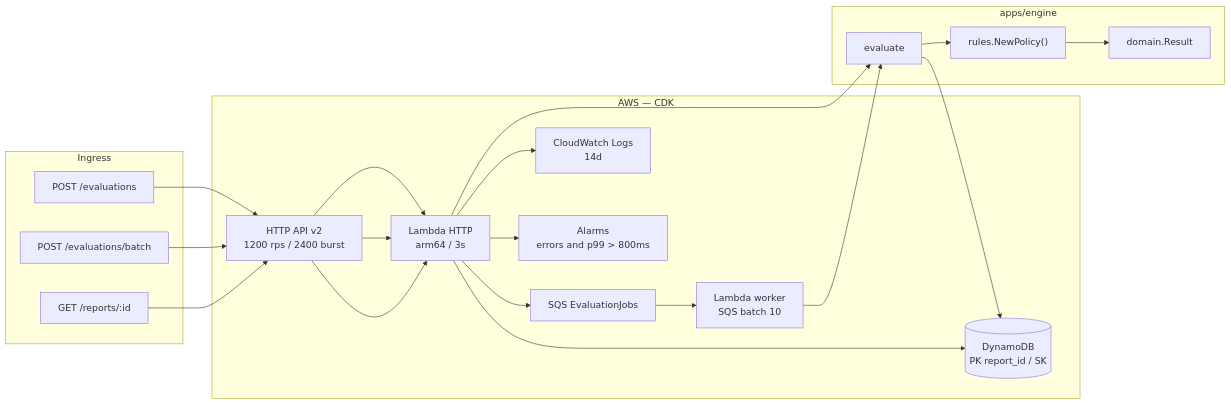
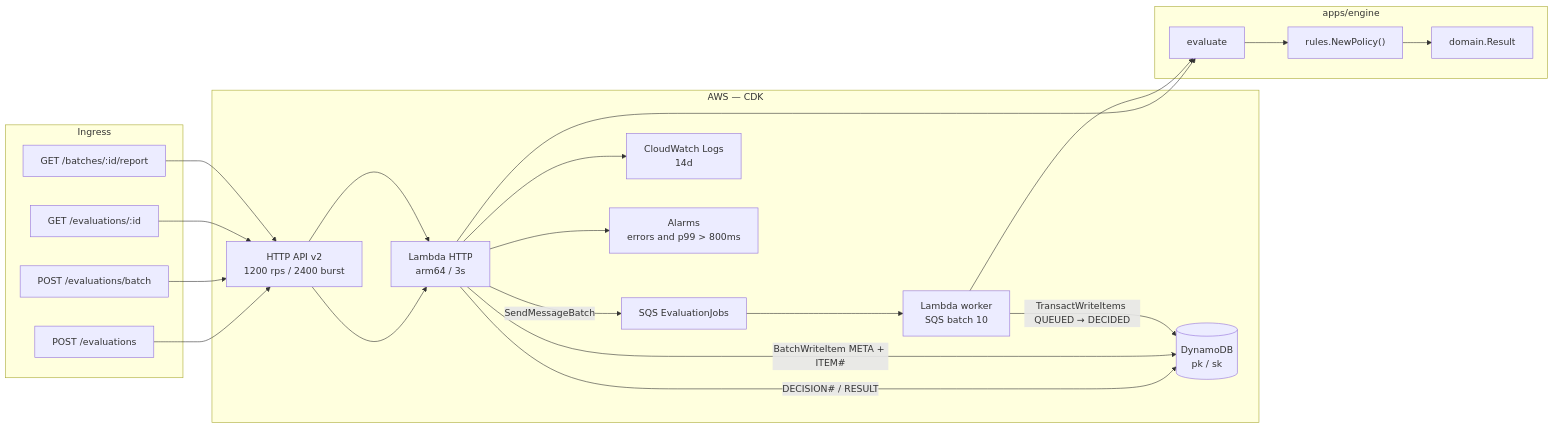
The first of 3 diagrams in docs/architecture.md (vitoladev/credit-card-engine), drawn with Mermaid before and after one commit. The commit also changed other lines of this file and 30 other files, not shown here.

First line of the commit message:
feat(engine): decision ids, batch items, and derived batch report

````diff
--- a/docs/architecture.md
+++ b/docs/architecture.md
@@ -31,32 +31,36 @@
 ```mermaid
 flowchart LR
   subgraph clients [Ingress]
     sync["POST /evaluations"]
     batch["POST /evaluations/batch"]
-    get["GET /reports/:id"]
+    getOne["GET /evaluations/:id"]
+    getReport["GET /batches/:id/report"]
   end
 
   subgraph edge [AWS — CDK]
     api["HTTP API v2\n1200 rps / 2400 burst"]
     fn["Lambda HTTP\narm64 / 3s"]
     q["SQS EvaluationJobs"]
     worker["Lambda worker\nSQS batch 10"]
-    ddb[("DynamoDB\nPK report_id / SK")]
+    ddb[("DynamoDB\npk / sk")]
     logs["CloudWatch Logs\n14d"]
     alarms["Alarms\nerrors and p99 > 800ms"]
   end
 
   subgraph core [apps/engine]
     ev["evaluate"]
     chain["rules.NewPolicy()"]
     domain["domain.Result"]
   end
 
   sync --> api --> fn --> ev
-  batch --> api --> fn --> q --> worker --> ev
-  get --> api --> fn --> ddb
+  fn -->|"DECISION# / RESULT"| ddb
+  batch --> api --> fn -->|"BatchWriteItem META + ITEM#"| ddb
+  fn -->|SendMessageBatch| q --> worker --> ev
+  worker -->|"TransactWriteItems QUEUED → DECIDED"| ddb
+  getOne --> api
+  getReport --> api
   ev --> chain --> domain
-  ev --> ddb
   fn --> logs
   fn --> alarms
 ```
````
